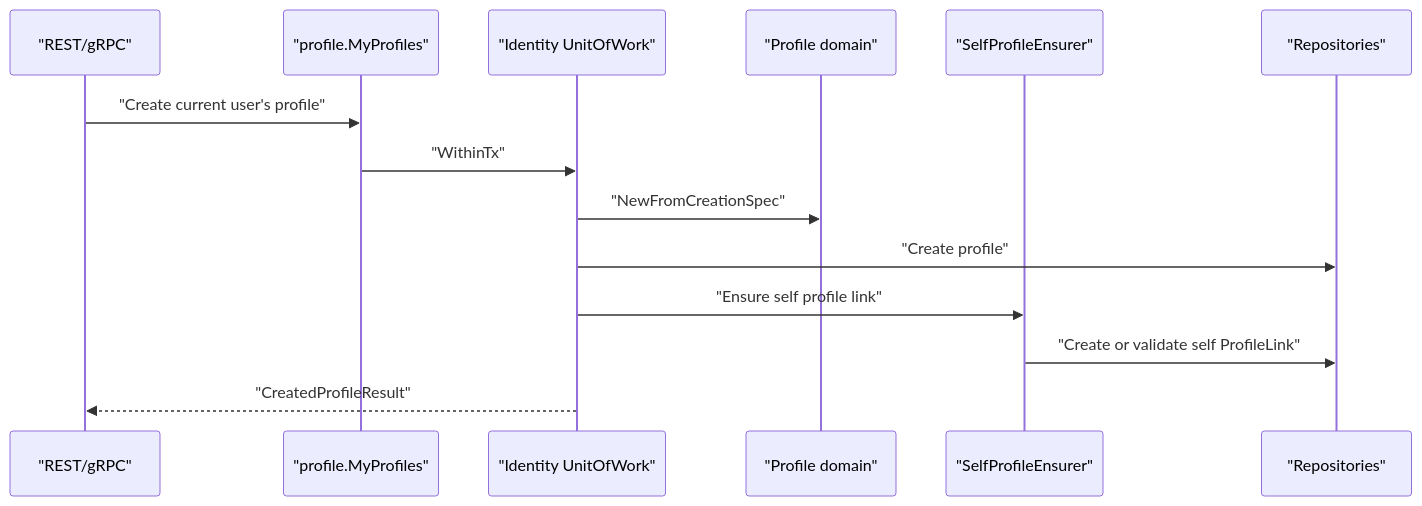
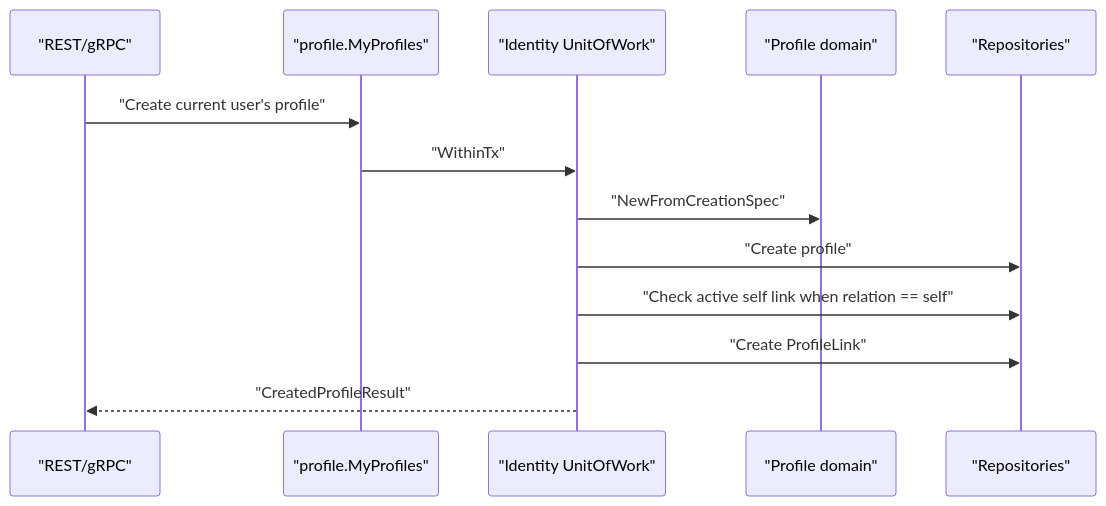
Before and after one commit to FangcunMount/iam: the fourth of 5 diagrams in docs/_archive/02-业务域/03-user-用户&儿童&ProfileLink.md, drawn with Mermaid. The commit also changed other lines of this file and 35 other files, not shown here.

Commit message:
feat  的 identity 模块业务规则更新： - User 不一定天然拥有 self Profile。 - User 可以通过 C 端功能主动创建 Profile。 - 创建时由业务语义决定这条 ProfileLink 是 self 还是 relation。

````diff
--- a/docs/_archive/02-业务域/03-user-用户&儿童&ProfileLink.md
+++ b/docs/_archive/02-业务域/03-user-用户&儿童&ProfileLink.md
@@ -161,17 +161,16 @@
 ```mermaid
 sequenceDiagram
     participant Client as "REST/gRPC"
     participant MyProfiles as "profile.MyProfiles"
     participant UoW as "Identity UnitOfWork"
     participant Profile as "Profile domain"
-    participant Ensurer as "SelfProfileEnsurer"
     participant Repo as "Repositories"
 
     Client->>MyProfiles: "Create current user's profile"
     MyProfiles->>UoW: "WithinTx"
     UoW->>Profile: "NewFromCreationSpec"
     UoW->>Repo: "Create profile"
-    UoW->>Ensurer: "Ensure self profile link"
-    Ensurer->>Repo: "Create or validate self ProfileLink"
+    UoW->>Repo: "Check active self link when relation == self"
+    UoW->>Repo: "Create ProfileLink"
     UoW-->>Client: "CreatedProfileResult"
 ```
````
